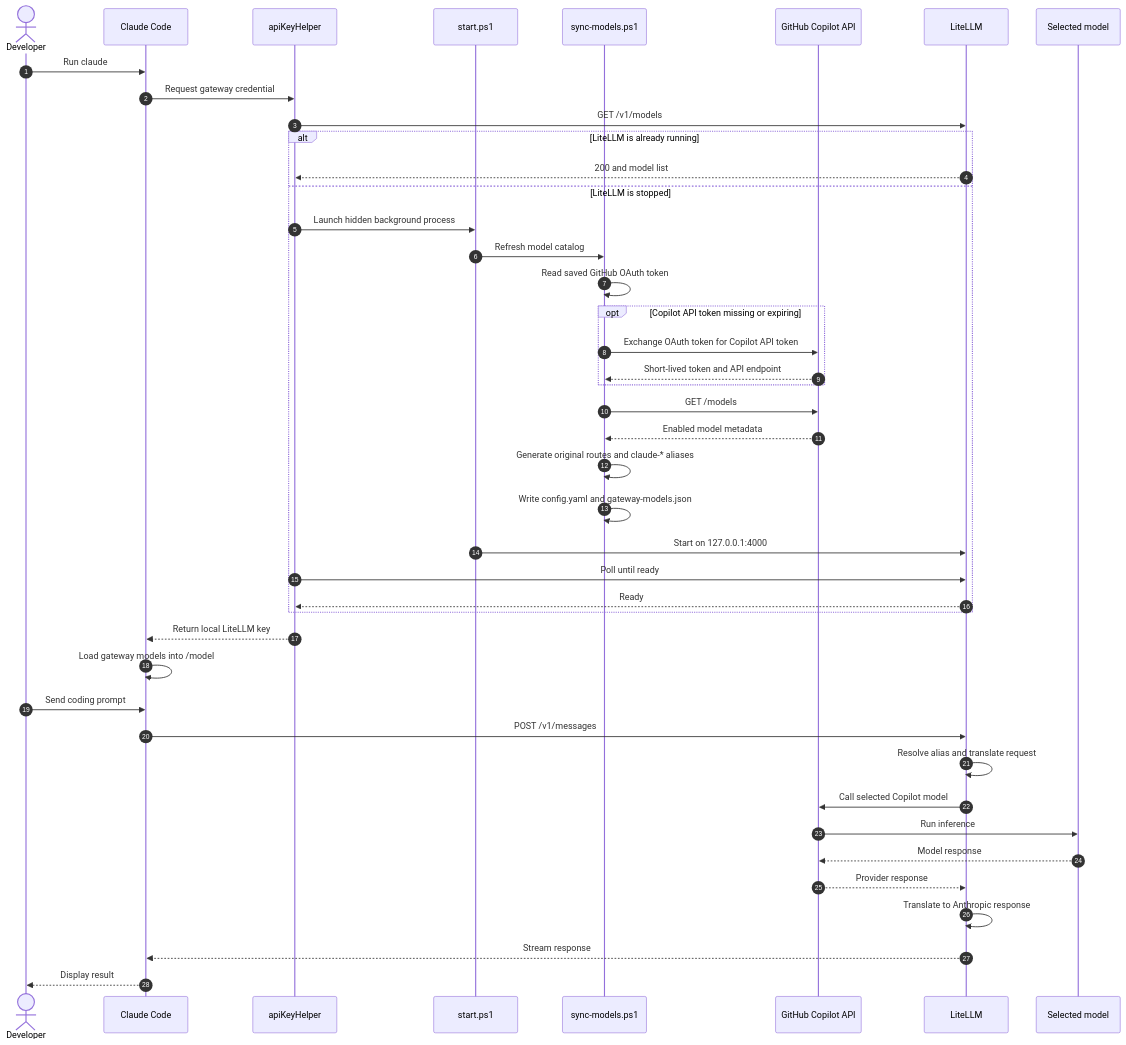
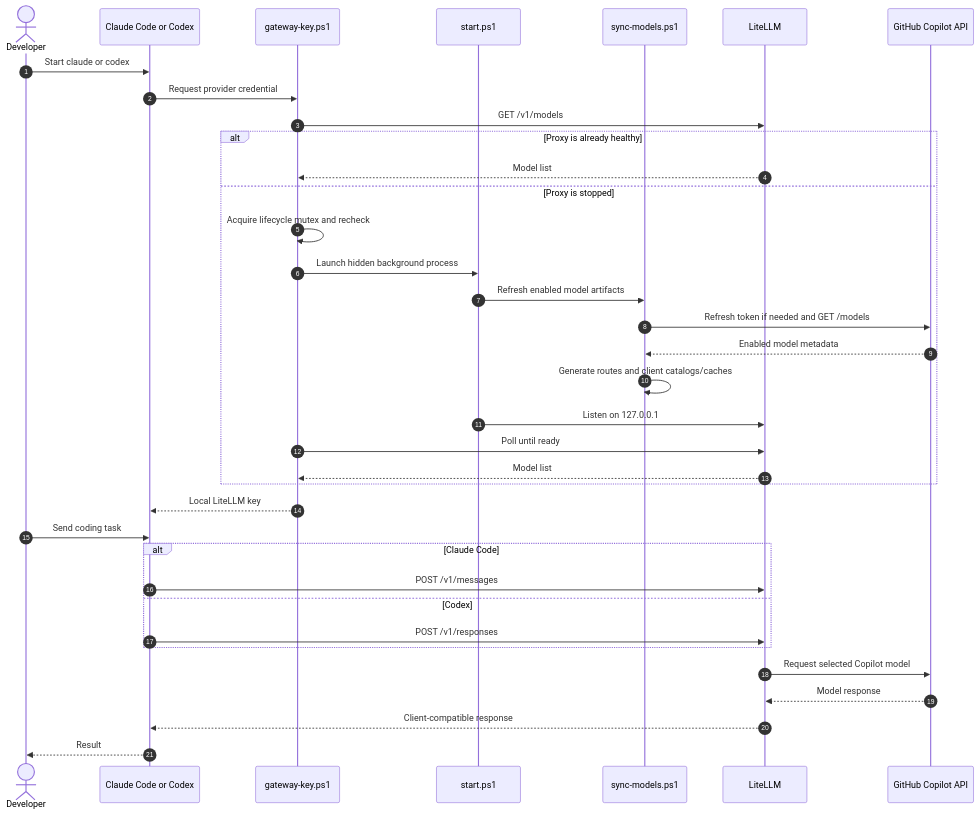
The second of 2 diagrams in README.md (mbahgatTech/claude-ghcp-proxy), drawn with Mermaid before and after one commit. The commit also changed other lines of this file and 10 other files, not shown here.

Commit message:
Add Codex support and model aliases

````diff
--- a/README.md
+++ b/README.md
@@ -76,48 +90,41 @@
 ```mermaid
 sequenceDiagram
     autonumber
     actor User as Developer
-    participant Claude as Claude Code
-    participant Helper as apiKeyHelper
+    participant Client as Claude Code or Codex
+    participant Helper as gateway-key.ps1
     participant Start as start.ps1
     participant Sync as sync-models.ps1
+    participant Proxy as LiteLLM
     participant GitHub as GitHub Copilot API
-    participant Proxy as LiteLLM
-    participant Model as Selected model
 
-    User->>Claude: Run claude
-    Claude->>Helper: Request gateway credential
+    User->>Client: Start claude or codex
+    Client->>Helper: Request provider credential
     Helper->>Proxy: GET /v1/models
 
-    alt LiteLLM is already running
-        Proxy-->>Helper: 200 and model list
-    else LiteLLM is stopped
+    alt Proxy is already healthy
+        Proxy-->>Helper: Model list
+    else Proxy is stopped
+        Helper->>Helper: Acquire lifecycle mutex and recheck
         Helper->>Start: Launch hidden background process
-        Start->>Sync: Refresh model catalog
-        Sync->>Sync: Read saved GitHub OAuth token
-        opt Copilot API token missing or expiring
-            Sync->>GitHub: Exchange OAuth token for Copilot API token
-            GitHub-->>Sync: Short-lived token and API endpoint
-        end
-        Sync->>GitHub: GET /models
+        Start->>Sync: Refresh enabled model artifacts
+        Sync->>GitHub: Refresh token if needed and GET /models
         GitHub-->>Sync: Enabled model metadata
-        Sync->>Sync: Generate original routes and claude-* aliases
-        Sync->>Sync: Write config.yaml and gateway-models.json
-        Start->>Proxy: Start on 127.0.0.1:4000
+        Sync->>Sync: Generate routes and client catalogs/caches
+        Start->>Proxy: Listen on 127.0.0.1
         Helper->>Proxy: Poll until ready
-        Proxy-->>Helper: Ready
+        Proxy-->>Helper: Model list
     end
 
-    Helper-->>Claude: Return local LiteLLM key
-    Claude->>Claude: Load gateway models into /model
-    User->>Claude: Send coding prompt
-    Claude->>Proxy: POST /v1/messages
-    Proxy->>Proxy: Resolve alias and translate request
-    Proxy->>GitHub: Call selected Copilot model
-    GitHub->>Model: Run inference
-    Model-->>GitHub: Model response
-    GitHub-->>Proxy: Provider response
-    Proxy->>Proxy: Translate to Anthropic response
-    Proxy-->>Claude: Stream response
-    Claude-->>User: Display result
+    Helper-->>Client: Local LiteLLM key
+    User->>Client: Send coding task
+    alt Claude Code
+        Client->>Proxy: POST /v1/messages
+    else Codex
+        Client->>Proxy: POST /v1/responses
+    end
+    Proxy->>GitHub: Request selected Copilot model
+    GitHub-->>Proxy: Model response
+    Proxy-->>Client: Client-compatible response
+    Client-->>User: Result
 ```
````
